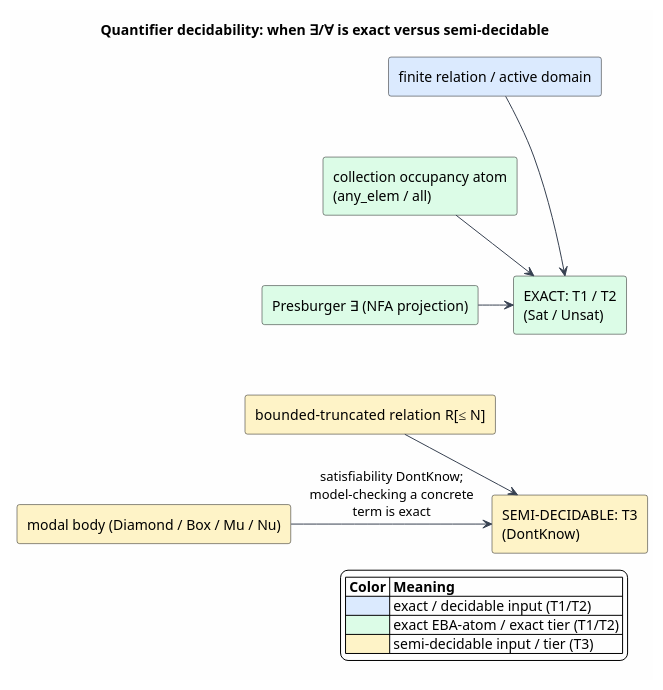
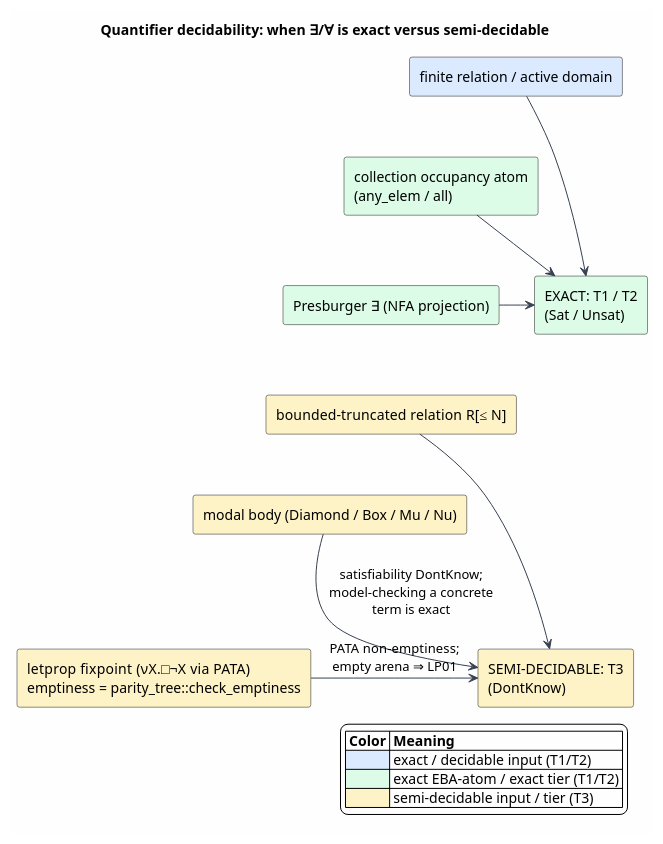
The diagram in docs/architecture/semantic-predicates/figures/14-decidability-tiers.puml (F1R3FLY-io/mettail-rust), drawn with PlantUML before and after one commit. The commit also changed 23 other files, not shown here.

```diff
--- a/docs/architecture/semantic-predicates/figures/14-decidability-tiers.puml
+++ b/docs/architecture/semantic-predicates/figures/14-decidability-tiers.puml
@@ -1,39 +1,42 @@
 @startuml
 skinparam backgroundColor #FEFEFE
 skinparam shadowing false
 skinparam ArrowColor #374151
 skinparam componentStyle rectangle
 skinparam NoteBackgroundColor #FEFEFE
 skinparam NoteBorderColor #9CA3AF
 
 title Quantifier decidability: when ∃/∀ is exact versus semi-decidable
 
 rectangle "finite relation / active domain" as REL #DBEAFE
 rectangle "collection occupancy atom\n(any_elem / all)" as OCC #DCFCE7
 rectangle "Presburger ∃ (NFA projection)" as PRES #DCFCE7
 rectangle "bounded-truncated relation R[≤ N]" as BND #FEF3C7
 rectangle "modal body (Diamond / Box / Mu / Nu)" as MOD #FEF3C7
+rectangle "letprop fixpoint (νX.□¬X via PATA)\nemptiness = parity_tree::check_emptiness" as LETP #FEF3C7
 
 rectangle "EXACT: T1 / T2\n(Sat / Unsat)" as EXACT #DCFCE7
 rectangle "SEMI-DECIDABLE: T3\n(DontKnow)" as SEMI #FEF3C7
 
 REL  -right-> EXACT
 OCC  -right-> EXACT
 PRES -right-> EXACT
 BND  -right-> SEMI
 MOD  -right-> SEMI : "satisfiability DontKnow;\nmodel-checking a concrete\nterm is exact"
+LETP -right-> SEMI : "PATA non-emptiness;\nempty arena ⇒ LP01"
 
 REL -[hidden]down- OCC
 OCC -[hidden]down- PRES
 PRES -[hidden]down- BND
 BND -[hidden]down- MOD
+MOD -[hidden]down- LETP
 EXACT -[hidden]down- SEMI
 
 legend right
   |= Color |= Meaning |
   |<#DBEAFE>   | exact / decidable input (T1/T2) |
   |<#DCFCE7>   | exact EBA-atom / exact tier (T1/T2) |
   |<#FEF3C7>   | semi-decidable input / tier (T3) |
 endlegend
 
 @enduml
```
